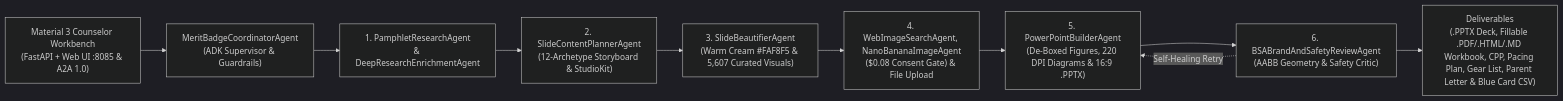
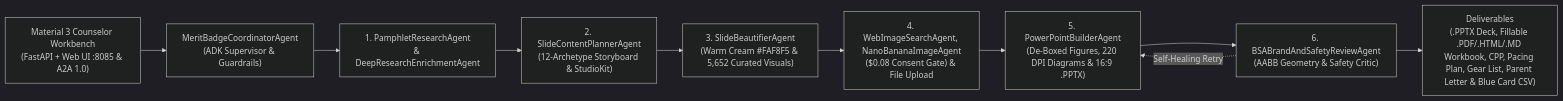
Before and after one commit to clayberg/scouts-bsa-merit-badge-agent: the first of 2 diagrams in README.md, drawn with Mermaid (dark theme). The commit also changed other lines of this file and 877 other files, not shown here.

````diff
--- a/README.md
+++ b/README.md
@@ -294,12 +294,12 @@
 ```mermaid
 flowchart LR
     UIs["Material 3 Counselor Workbench<br/>(FastAPI + Web UI :8085 & A2A 1.0)"] --> Coord["MeritBadgeCoordinatorAgent<br/>(ADK Supervisor & Guardrails)"]
     Coord --> Res["1. PamphletResearchAgent<br/>& DeepResearchEnrichmentAgent"]
     Res --> Plan["2. SlideContentPlannerAgent<br/>(12-Archetype Storyboard & StudioKit)"]
-    Plan --> Beau["3. SlideBeautifierAgent<br/>(Warm Cream #FAF8F5 & 5,607 Curated Visuals)"]
+    Plan --> Beau["3. SlideBeautifierAgent<br/>(Warm Cream #FAF8F5 & 5,652 Curated Visuals)"]
     Beau --> ImgStudio["4. WebImageSearchAgent, NanoBananaImageAgent<br/>($0.08 Consent Gate) & File Upload"]
     ImgStudio --> Build["5. PowerPointBuilderAgent<br/>(De-Boxed Figures, 220 DPI Diagrams & 16:9 .PPTX)"]
     Build --> Rev["6. BSABrandAndSafetyReviewAgent<br/>(AABB Geometry & Safety Critic)"]
     Rev -.->|"Self-Healing Retry"| Build
     Rev --> Out["Deliverables<br/>(.PPTX Deck, Fillable .PDF/.HTML/.MD Workbook, CPP, Pacing Plan, Gear List, Parent Letter & Blue Card CSV)"]
 ```
````
